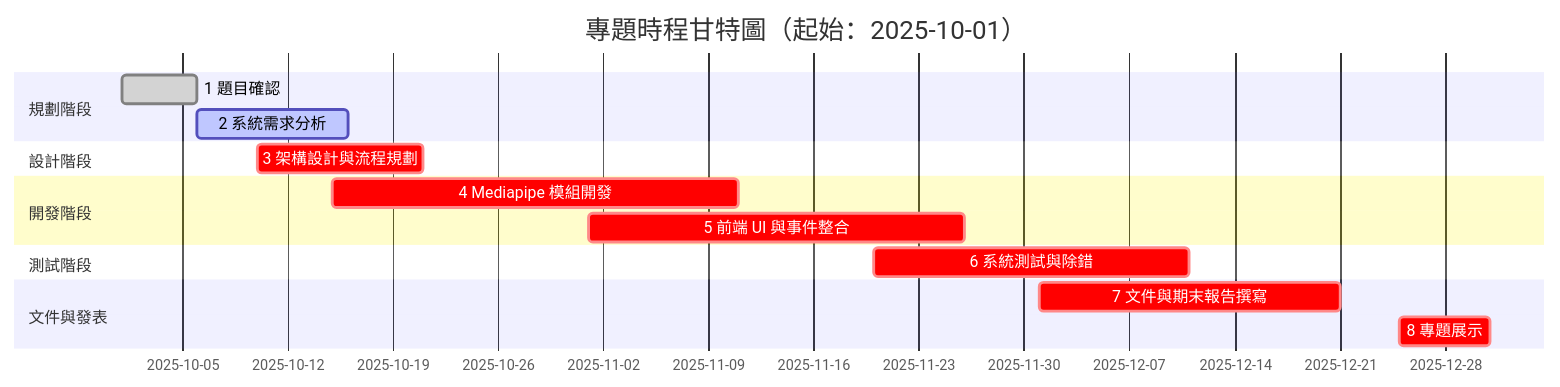
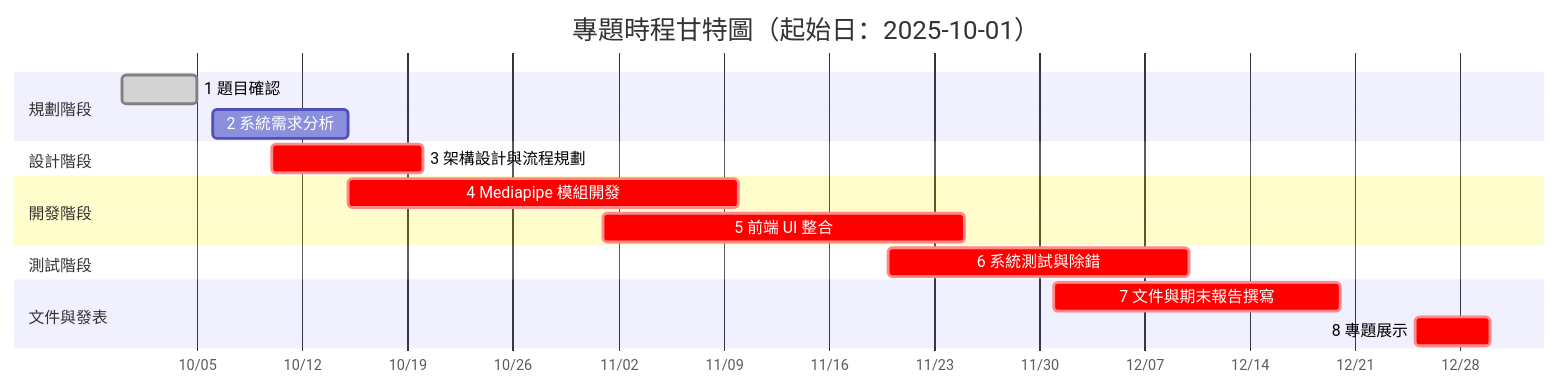
The second of 2 diagrams in README.md (CHIUTZUCHUNAN/TEST), drawn with Mermaid before and after one commit. The commit also changed other lines of this file, not shown here.

````diff
--- a/README.md
+++ b/README.md
@@ -18,23 +53,52 @@
 ```mermaid
+%%{init:{
+  "theme":"base",
+  "themeVariables":{
+    "fontSize":"20px",
+    "fontFamily":"Inter, Noto Sans TC, system-ui",
+    "ganttSectionBkgColor":"#f9fafb",
+    "ganttSectionBkgColor2":"#f3f4f6",
+    "ganttTaskLineColor":"#475569",
+    "ganttTaskTextColor":"#0f172a",
+    "ganttCritBC":"#fecaca",
+    "ganttCritFill":"#fecaca",
+    "ganttCritColor":"#7f1d1d",
+    "ganttGridLineColor":"#e5e7eb"
+  },
+  "config":{
+    "gantt":{
+      "titleTopMargin":45,          /* 標題更大間距 */
+      "barHeight":34,               /* 條稍微縮回來一點 */
+      "barGap":16,                  /* 增加間距，避免擠出框外 */
+      "topPadding":80,
+      "leftPadding":160,
+      "gridLineStartPadding":60,
+      "fontSize":18
+    }
+  }
+}}%%
 gantt
-title 專題時程甘特圖（起始：2025-10-01）
+title 專題時程甘特圖（起始日：2025-10-01）
 dateFormat  YYYY-MM-DD
+axisFormat  %m/%d
+excludes none
 
 section 規劃階段
-1 題目確認                :done, 2025-10-01, 5d
-2 系統需求分析            :active, 2025-10-06, 10d
+1 題目確認     :done,   2025-09-30, 2025-10-05
+2 系統需求分析 :        2025-10-06, 2025-10-15
 
 section 設計階段
-3 架構設計與流程規劃      :crit, 2025-10-10, 11d
+3 架構設計與流程規劃 :crit, 2025-10-10, 2025-10-20
 
 section 開發階段
-4 Mediapipe 模組開發      :crit, 2025-10-15, 27d
-5 前端 UI 與事件整合      :crit, 2025-11-01, 25d
+4 Mediapipe 模組開發   :crit, 2025-10-15, 2025-11-10
+5 前端 UI 整合        :crit, 2025-11-01, 2025-11-25
 
 section 測試階段
-6 系統測試與除錯          :crit, 2025-11-20, 21d
+6 系統測試與除錯      :crit, 2025-11-20, 2025-12-10
 
 section 文件與發表
-7 文件與期末報告撰寫      :crit, 2025-12-01, 20d
-8 專題展示                :crit, 2025-12-25, 6d
+7 文件與期末報告撰寫  :crit, 2025-12-01, 2025-12-20
+8 專題展示            :crit, 2025-12-25, 2025-12-30
+
 ```
````
